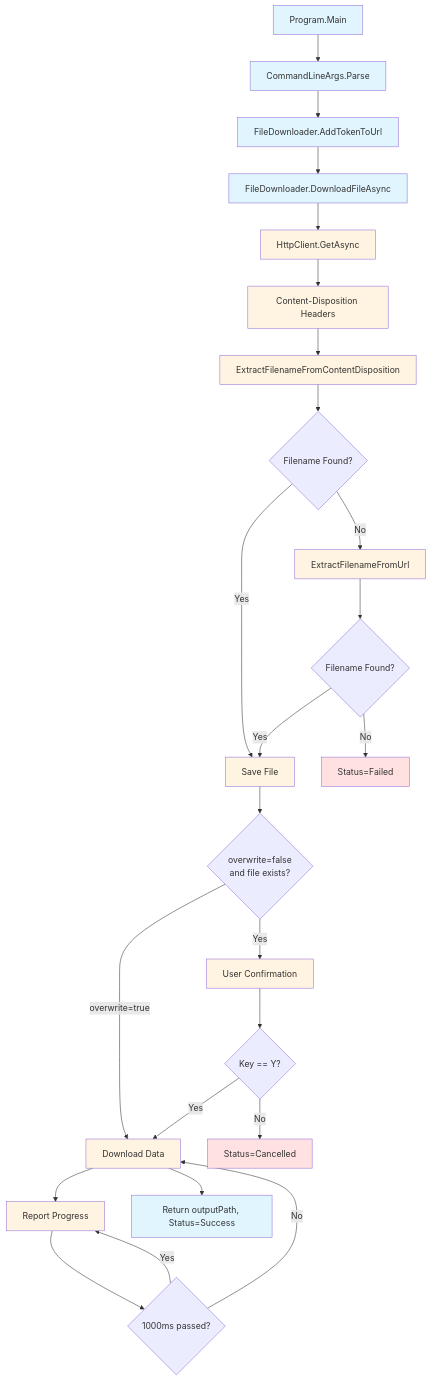
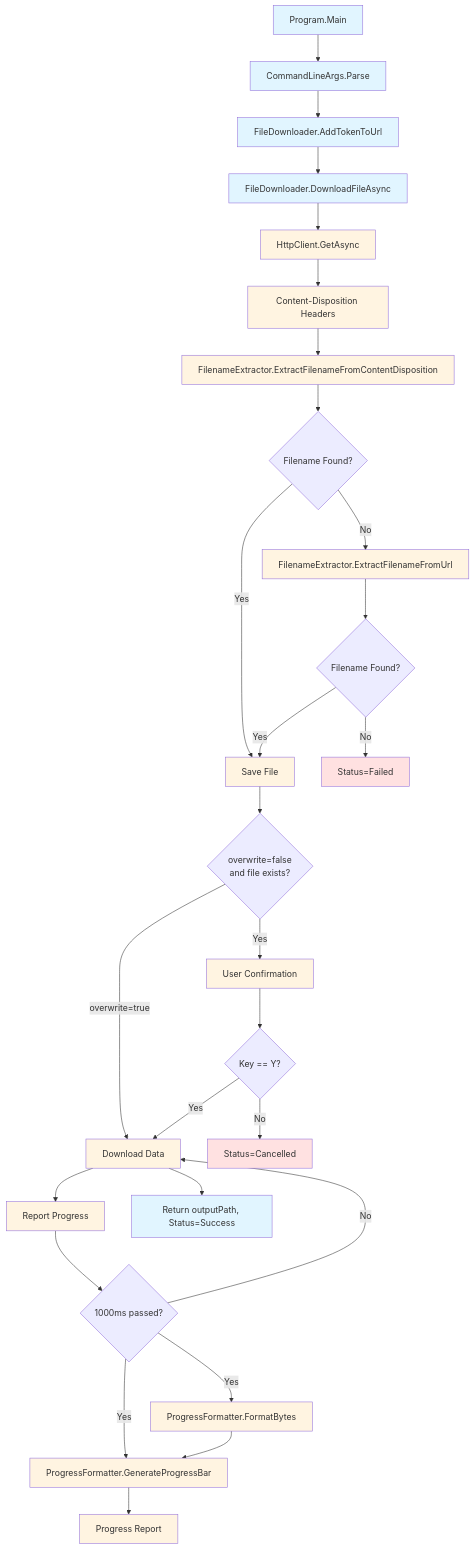
Before and after one commit to patacchi/CivitaiDownloader: the third of 3 diagrams in docs/DATA_FLOW.md, drawn with Mermaid. The commit also changed other lines of this file and 9 other files, not shown here.

````diff
--- a/docs/DATA_FLOW.md
+++ b/docs/DATA_FLOW.md
@@ -94,46 +101,52 @@
 ```mermaid
 flowchart TD
     Start[Program.Main] --> Parse[CommandLineArgs.Parse]
     Parse --> TokenUrl[FileDownloader.AddTokenToUrl]
     TokenUrl --> Download[FileDownloader.DownloadFileAsync]
     
     Download --> HttpClient[HttpClient.GetAsync]
     HttpClient --> Headers[Content-Disposition Headers]
-    Headers --> ExtractFilename[ExtractFilenameFromContentDisposition]
+    Headers --> ExtractFilename[FilenameExtractor.ExtractFilenameFromContentDisposition]
     ExtractFilename --> CheckFilename{Filename Found?}
     CheckFilename -->|Yes| SaveFile[Save File]
-    CheckFilename -->|No| ExtractUrl[ExtractFilenameFromUrl]
+    CheckFilename -->|No| ExtractUrl[FilenameExtractor.ExtractFilenameFromUrl]
     ExtractUrl --> CheckUrl{Filename Found?}
     CheckUrl -->|Yes| SaveFile
     CheckUrl -->|No| Failed[Status=Failed]
     
     SaveFile --> CheckOverwrite{overwrite=false<br/>and file exists?}
     CheckOverwrite -->|Yes| UserConfirm[User Confirmation]
     CheckOverwrite -->|overwrite=true| DownloadData[Download Data]
     UserConfirm --> CheckKey{Key == Y?}
     CheckKey -->|Yes| DownloadData
     CheckKey -->|No| Cancel[Status=Cancelled]
     
     DownloadData --> Progress[Report Progress]
     Progress --> CheckProgress{1000ms passed?}
-    CheckProgress -->|Yes| Progress
+    CheckProgress -->|Yes| FormatBytes[ProgressFormatter.FormatBytes]
+    CheckProgress -->|Yes| GenerateBar[ProgressFormatter.GenerateProgressBar]
+    FormatBytes --> GenerateBar
+    GenerateBar --> Report[Progress Report]
     CheckProgress -->|No| DownloadData
     
     DownloadData --> Success[Return outputPath, Status=Success]
     
     style Start fill:#e1f5ff
     style Parse fill:#e1f5ff
     style TokenUrl fill:#e1f5ff
     style Download fill:#e1f5ff
     style HttpClient fill:#fff4e1
     style Headers fill:#fff4e1
     style ExtractFilename fill:#fff4e1
     style ExtractUrl fill:#fff4e1
     style SaveFile fill:#fff4e1
     style UserConfirm fill:#fff4e1
     style DownloadData fill:#fff4e1
     style Progress fill:#fff4e1
+    style FormatBytes fill:#fff4e1
+    style GenerateBar fill:#fff4e1
+    style Report fill:#fff4e1
     style Success fill:#e1f5ff
     style Cancel fill:#ffe1e1
     style Failed fill:#ffe1e1
 ```
````
